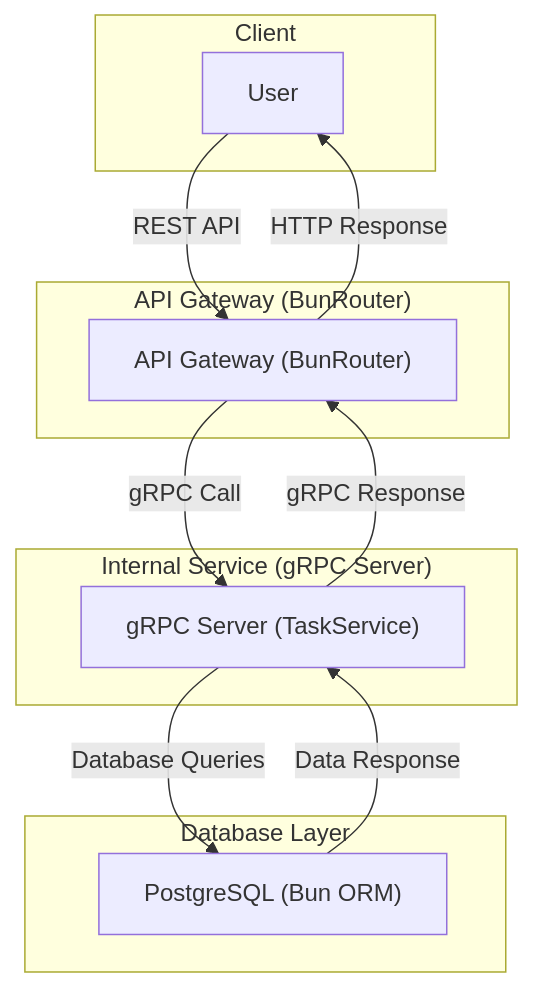
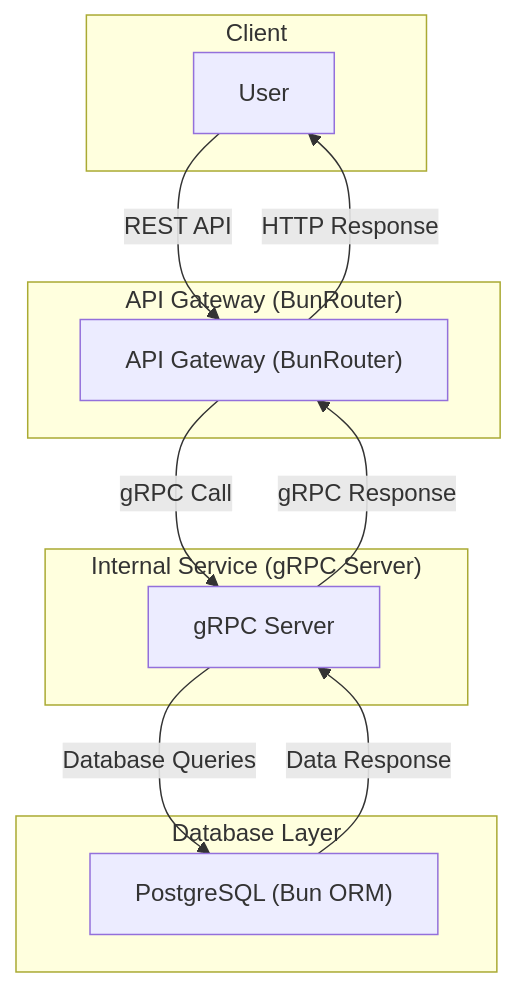
Before and after one commit to 50-Course/notes-tracker-go: the diagram in README.md, drawn with Mermaid.

Commit message:
chore: update references in mermaid diagram

````diff
--- a/README.md
+++ b/README.md
@@ -12,26 +12,26 @@
 ```mermaid
 graph TD;
     subgraph "Client"
         User
     end
 
     subgraph "API Gateway (BunRouter)"
         GatewayServer["API Gateway (BunRouter)"]
     end
 
     subgraph "Internal Service (gRPC Server)"
-        gRPCServer["gRPC Server (TaskService)"]
+        gRPCServer["gRPC Server"]
     end
 
     subgraph "Database Layer"
         PostgreSQL["PostgreSQL (Bun ORM)"]
     end
 
     %% Arrows (Flow of Communication)
     User -->|REST API| GatewayServer
     GatewayServer -->|gRPC Call| gRPCServer
     gRPCServer -->|Database Queries| PostgreSQL
     PostgreSQL -->|Data Response| gRPCServer
     gRPCServer -->|gRPC Response| GatewayServer
     GatewayServer -->|HTTP Response| User
 ```
````
